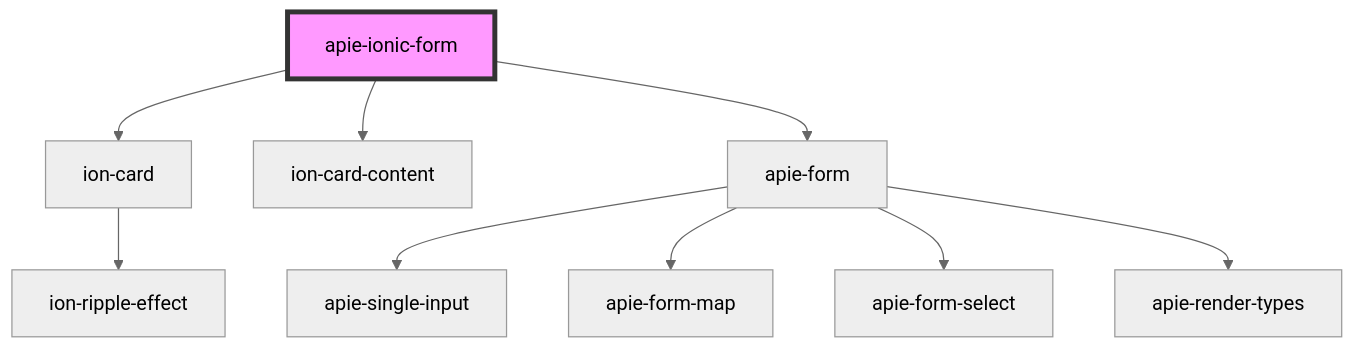
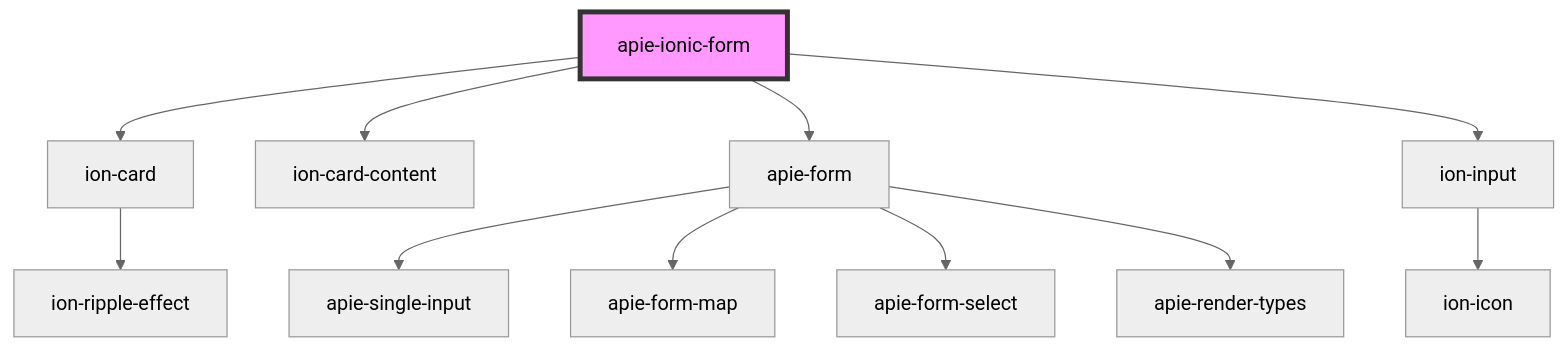
Before and after one commit to apie-lib/apie-ionic-layout: the diagram in src/components/apie-ionic-form/readme.md, drawn with Mermaid (neutral theme). The commit also changed other lines of this file and 4 other files, not shown here.

Commit message:
pass non-attribute properties to apie-form

````diff
--- a/src/components/apie-ionic-form/readme.md
+++ b/src/components/apie-ionic-form/readme.md
@@ -17,12 +28,14 @@
 ```mermaid
 graph TD;
   apie-ionic-form --> ion-card
   apie-ionic-form --> ion-card-content
   apie-ionic-form --> apie-form
+  apie-ionic-form --> ion-input
   ion-card --> ion-ripple-effect
   apie-form --> apie-single-input
   apie-form --> apie-form-map
   apie-form --> apie-form-select
   apie-form --> apie-render-types
+  ion-input --> ion-icon
   style apie-ionic-form fill:#f9f,stroke:#333,stroke-width:4px
 ```
````
